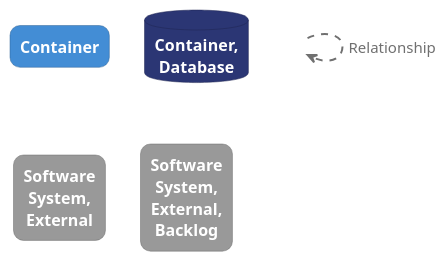
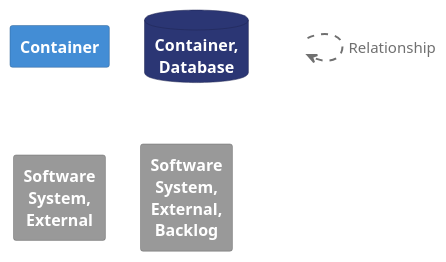
Before and after one commit to fabianAschwanden/sponsorplatz.ch: the diagram in docs/architektur/diagramme/structurizr-C2_Container-key.puml, drawn with PlantUML. The commit also changed 20 other files, not shown here.

```diff
--- a/docs/architektur/diagramme/structurizr-C2_Container-key.puml
+++ b/docs/architektur/diagramme/structurizr-C2_Container-key.puml
@@ -1,54 +1,51 @@
 @startuml
 set separator none
 
 skinparam {
   shadowing false
   arrowFontSize 15
   defaultTextAlignment center
   wrapWidth 100
   maxMessageSize 100
 }
 hide stereotype
 
 skinparam rectangle<<_transparent>> {
   BorderColor transparent
   BackgroundColor transparent
   FontColor transparent
 }
 
 skinparam rectangle<<1>> {
   BackgroundColor #438dd5
   FontColor #ffffff
   BorderColor #2e6295
-  roundCorner 20
 }
 rectangle "==Container" <<1>>
 
 skinparam database<<2>> {
   BackgroundColor #2b3674
   FontColor #ffffff
   BorderColor #1e2551
 }
 database "==Container, Database" <<2>>
 
 skinparam rectangle<<3>> {
   BackgroundColor #999999
   FontColor #ffffff
   BorderColor #6b6b6b
-  roundCorner 20
 }
 rectangle "==Software System, External" <<3>>
 
 skinparam rectangle<<4>> {
   BackgroundColor #999999
   FontColor #ffffff
   BorderColor #6b6b6b
-  roundCorner 20
 }
 rectangle "==Software System, External, Backlog" <<4>>
 
 rectangle "." <<_transparent>> as 5
 5 .[#707070,thickness=2].> 5 : "<color:#707070>Relationship"
 
 
 @enduml
```
